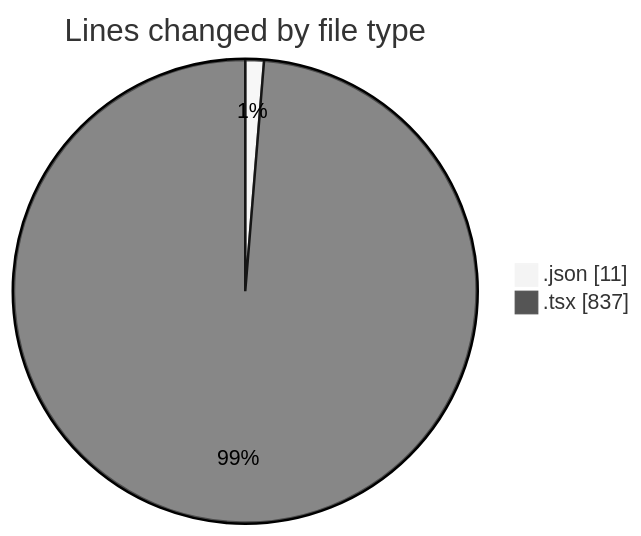
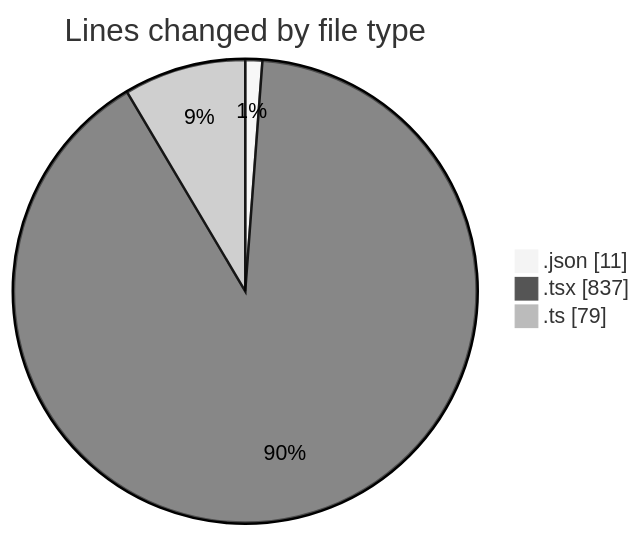
The first of 2 diagrams in 2026-10-06/portofolio-main/README.md (donsfak/code-tracking), drawn with Mermaid (neutral theme) before and after one commit. The commit also changed other lines of this file and 1 other file, not shown here.

````diff
--- a/2026-10-06/portofolio-main/README.md
+++ b/2026-10-06/portofolio-main/README.md
@@ -21,6 +22,7 @@
 ```mermaid
 pie showData
 title Lines changed by file type
 ".json" : 11
 ".tsx" : 837
+".ts" : 79
 ```
````
